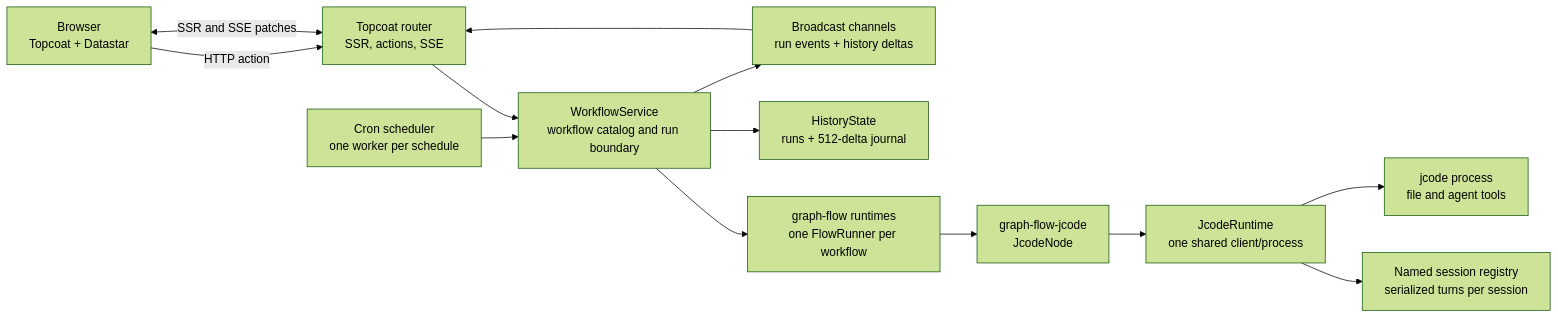
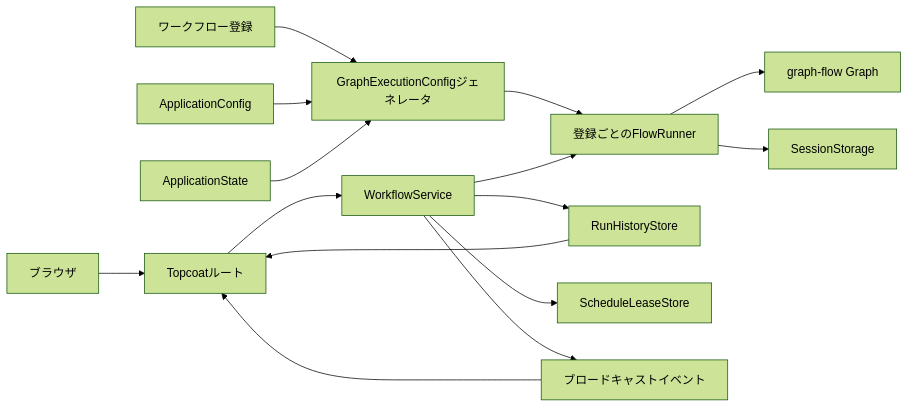
One commit to totto2727-org/flowdeck changed the first of 2 diagrams in docs/architecture.ja.md. Above: the diagram before and after it, drawn with Mermaid (forest theme). The commit also changed other lines of this file and 6 other files, not shown here.

First line of the commit message:
docs(architecture): separate console and jcode ownership

````diff
--- a/docs/architecture.ja.md
+++ b/docs/architecture.ja.md
@@ -25,27 +18,17 @@
 ```mermaid
 flowchart LR
-    Browser["Browser\nTopcoat + Datastar"]
-    Router["Topcoat router\nSSR, actions, SSE"]
-    Service["WorkflowService\nworkflow catalog and run boundary"]
-    Scheduler["Cron scheduler\none worker per schedule"]
-    Runners["graph-flow runtimes\none FlowRunner per workflow"]
-    History["HistoryState\nruns + 512-delta journal"]
-    Events["Broadcast channels\nrun events + history deltas"]
-    JcodeNode["graph-flow-jcode\nJcodeNode"]
-    JcodeRuntime["JcodeRuntime\none shared client/process"]
-    Sessions["Named session registry\nserialized turns per session"]
-    Jcode["jcode process\nfile and agent tools"]
-
-    Browser -->|HTTP action| Router
-    Router --> Service
-    Router <-->|SSR and SSE patches| Browser
-    Scheduler --> Service
-    Service --> Runners
-    Service --> History
-    Service --> Events
-    Runners --> JcodeNode
-    JcodeNode --> JcodeRuntime
-    JcodeRuntime --> Sessions
-    JcodeRuntime --> Jcode
-    Events --> Router
+    Browser["ブラウザ"] --> HTTP["Topcoatルート"]
+    HTTP --> Service["WorkflowService"]
+    Catalog["ワークフロー登録"] --> Config["GraphExecutionConfigジェネレータ"]
+    AppConfig["ApplicationConfig"] --> Config
+    State["ApplicationState"] --> Config
+    Config --> Runner["登録ごとのFlowRunner"]
+    Service --> Runner
+    Runner --> Graph["graph-flow Graph"]
+    Runner --> Sessions["SessionStorage"]
+    Service --> History["RunHistoryStore"]
+    Service --> Leases["ScheduleLeaseStore"]
+    Service --> Events["ブロードキャストイベント"]
+    Events --> HTTP
+    History --> HTTP
 ```
````
